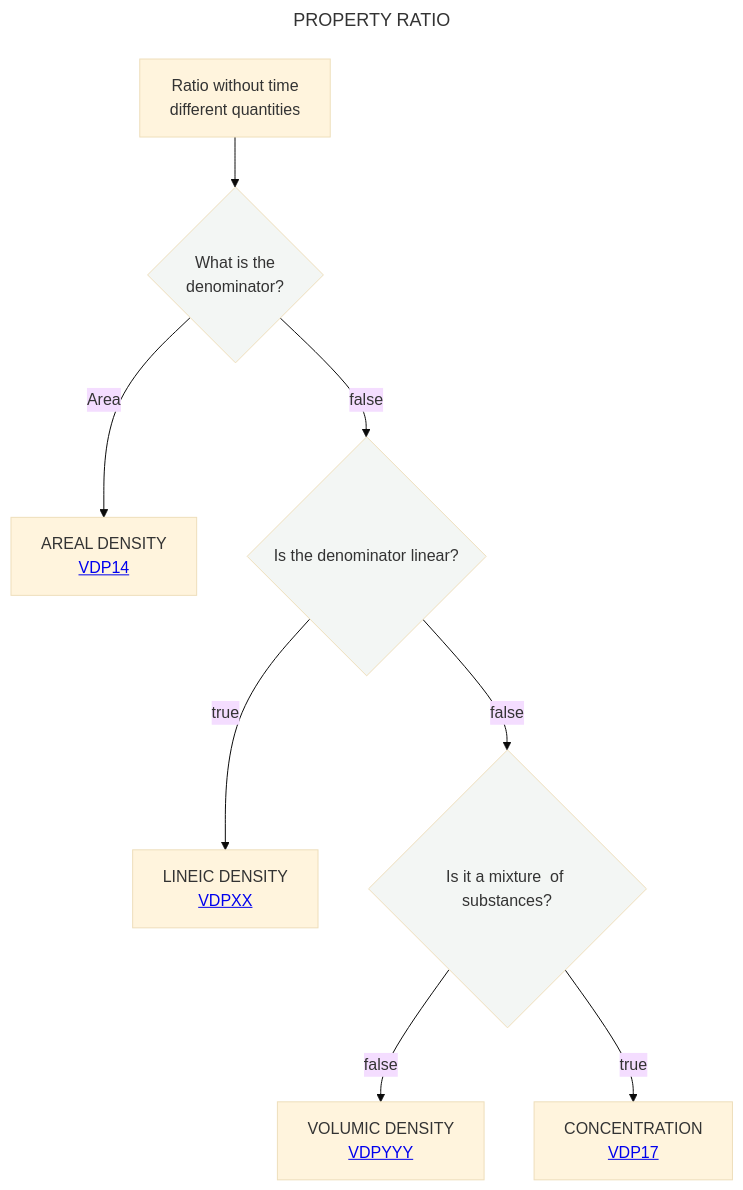
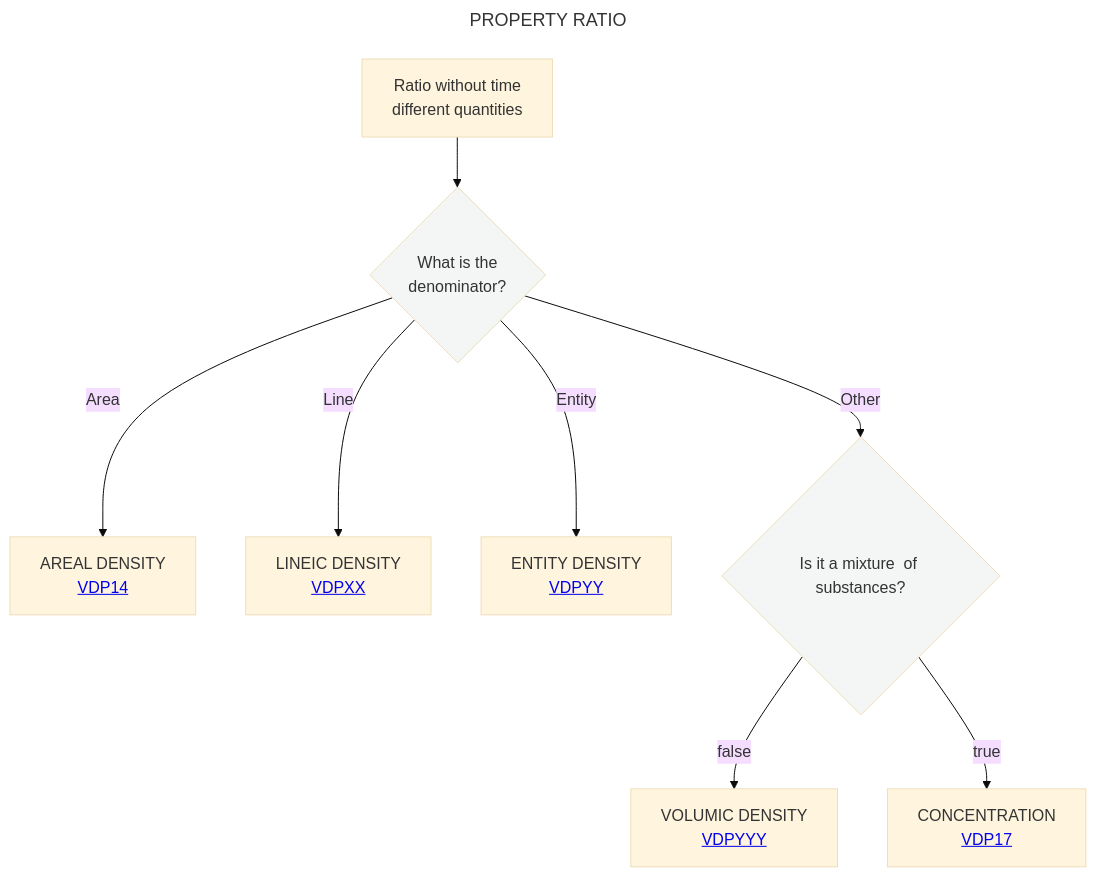
The diagram in Decisition_trees/DT4.mmd (mabablue/I-ADOPT-patterns-playground), drawn with Mermaid (base theme) before and after one commit.

```diff
--- a/Decisition_trees/DT4.mmd
+++ b/Decisition_trees/DT4.mmd
@@ -1,15 +1,15 @@
 ---
 title: PROPERTY RATIO
 ---
 flowchart TD
     A[Ratio without time <br> different quantities] --> B{What is the <br> denominator?}:::white
     B -- Area -->C[AREAL DENSITY <br> <a href='https://github.com/mabablue/I-ADOPT-patterns-playground/blob/main/pattern/VDP14.yaml'>VDP14</a>]
-    B --> |false|DE{Is the denominator linear?}:::white
-    DE --> |true|N[LINEIC DENSITY <br> <a href='https://github.com/mabablue/I-ADOPT-patterns-playground/blob/main/pattern/VDPXX.yaml'>VDPXX</a>]
-    DE --> |false|E{Is it a mixture <be> of substances?}:::white
-    E --> |false|G[VOLUMIC DENSITY <br> <a href='https://github.com/mabablue/I-ADOPT-patterns-playground/blob/main/pattern/VDP20.yaml'>VDPYYY</a>]
-    E--> |true|H[CONCENTRATION <br> <a href='https://github.com/mabablue/I-ADOPT-patterns-playground/blob/main/pattern/VDP17.yaml'>VDP17</a>]
+    B -- Line -->D[LINEIC DENSITY <br> <a href='https://github.com/mabablue/I-ADOPT-patterns-playground/blob/main/pattern/VDPXX.yaml'>VDPXX</a>]
+    B -- Entity -->E[ENTITY DENSITY <br> <a href='https://github.com/mabablue/I-ADOPT-patterns-playground/blob/main/pattern/VDPXX.yaml'>VDPYY</a>]
+    B -- Other -->F{Is it a mixture <be> of substances?}:::white
+    F --> |false|G[VOLUMIC DENSITY <br> <a href='https://github.com/mabablue/I-ADOPT-patterns-playground/blob/main/pattern/VDP20.yaml'>VDPYYY</a>]
+    F--> |true|H[CONCENTRATION <br> <a href='https://github.com/mabablue/I-ADOPT-patterns-playground/blob/main/pattern/VDP17.yaml'>VDP17</a>]
    classDef blue fill:#90D5FF
    classDef satblue fill:#57B9FF 
    classDef white fill:#f3f6f4
    classDef green fill:#6aa84f
```
